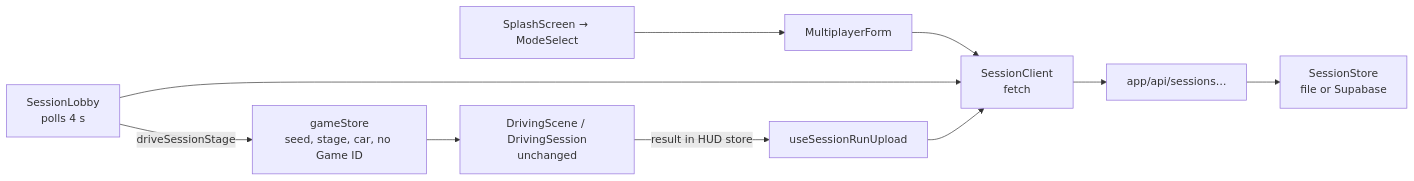
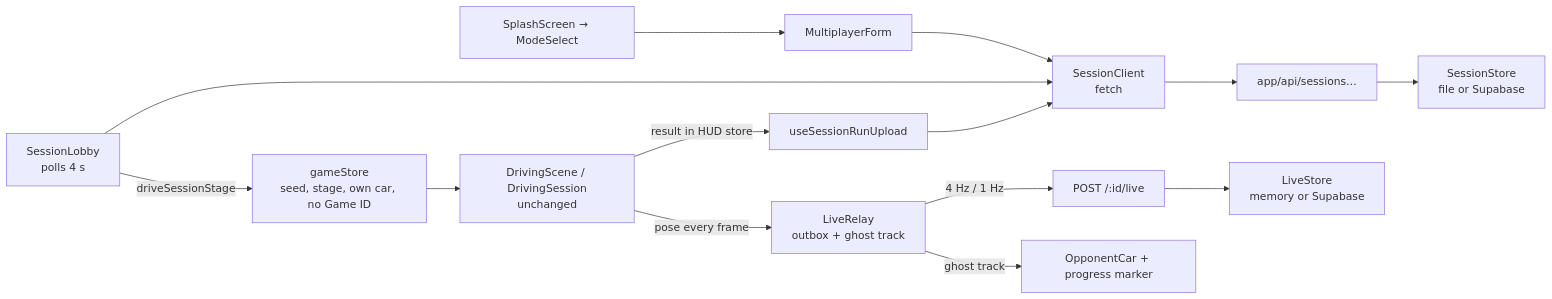
Before and after one commit to luigiht/micro-rally: the fourth of 4 diagrams in docs/ARCHITECTURE.md, drawn with Mermaid. The commit also changed other lines of this file and 68 other files, not shown here.

````diff
--- a/docs/ARCHITECTURE.md
+++ b/docs/ARCHITECTURE.md
@@ -255,11 +255,14 @@
 ```mermaid
 flowchart LR
   Splash[SplashScreen → ModeSelect] --> Form[MultiplayerForm]
   Form --> Client[SessionClient\nfetch]
   Lobby[SessionLobby\npolls 4 s] --> Client
   Client --> Routes[app/api/sessions…]
   Routes --> SStore[SessionStore\nfile or Supabase]
-  Lobby -->|driveSessionStage| GameStore[gameStore\nseed, stage, car, no Game ID]
+  Lobby -->|driveSessionStage| GameStore[gameStore\nseed, stage, own car, no Game ID]
   GameStore --> Drive[DrivingScene / DrivingSession\nunchanged]
   Drive -->|result in HUD store| Upload[useSessionRunUpload] --> Client
+  Drive -->|pose every frame| Relay[LiveRelay\noutbox + ghost track]
+  Relay -->|4 Hz / 1 Hz| Live[POST /:id/live] --> LStore[LiveStore\nmemory or Supabase]
+  Relay -->|ghost track| Opp[OpponentCar + progress marker]
 ```
````
